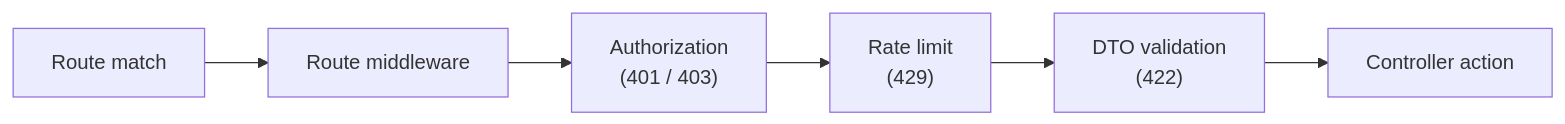
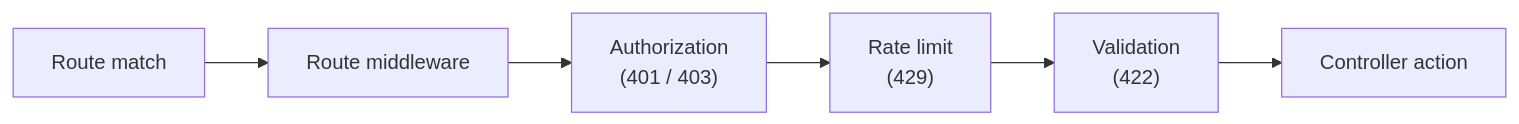
The diagram in docs/guides/rate-limiting.md (gina-io/docs), drawn with Mermaid before and after one commit. The commit also changed other lines of this file and 5 other files, not shown here.

First line of the commit message:
Message validation guide: the application-supplied schema-validation seam

````diff
--- a/docs/guides/rate-limiting.md
+++ b/docs/guides/rate-limiting.md
@@ -35,8 +35,8 @@
 ```mermaid
 flowchart LR
     A[Route match] --> B[Route middleware]
     B --> C["Authorization<br/>(401 / 403)"]
     C --> D["Rate limit<br/>(429)"]
-    D --> E["DTO validation<br/>(422)"]
+    D --> E["Validation<br/>(422)"]
     E --> F[Controller action]
 ```
````
